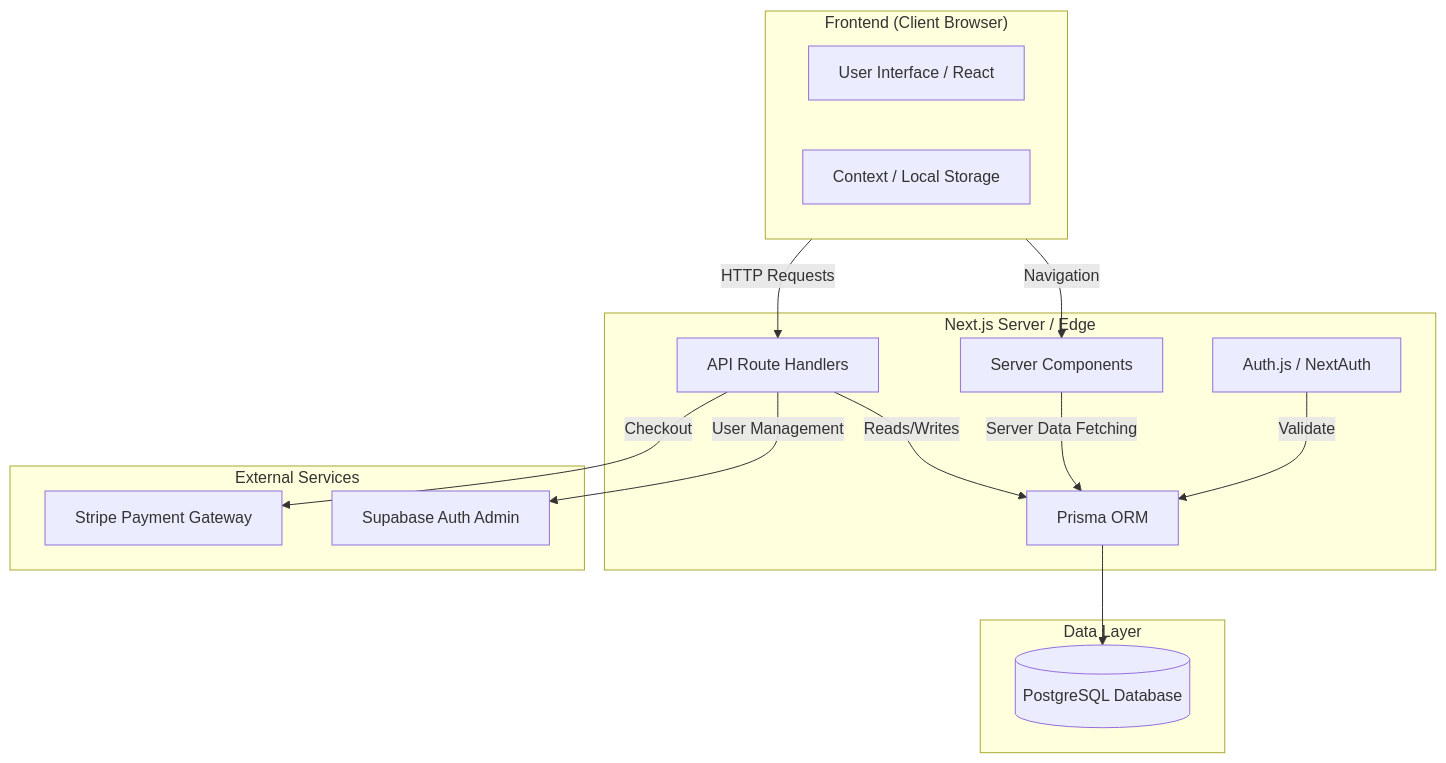
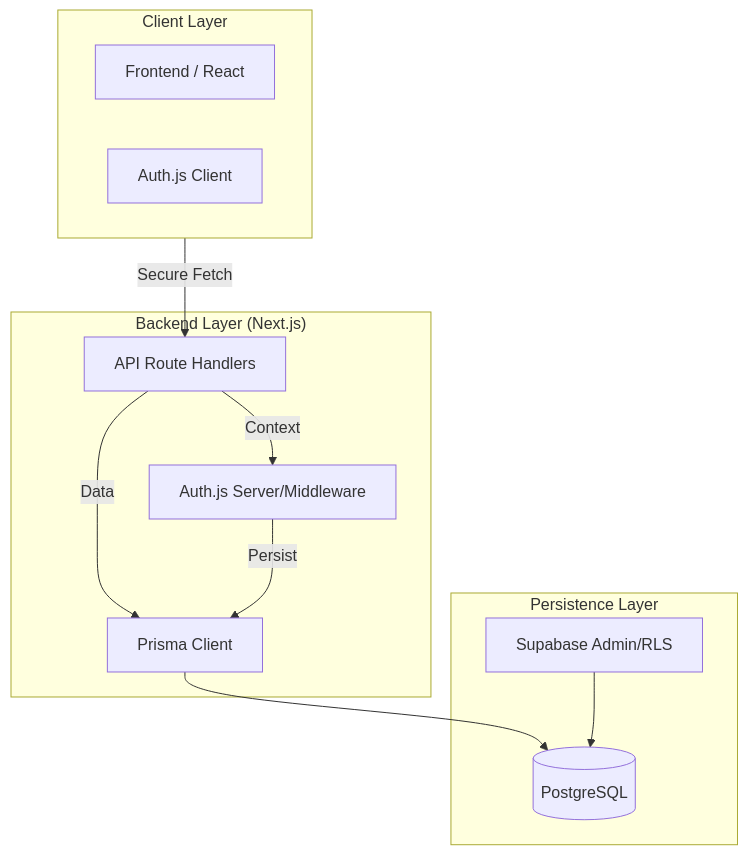
One commit to Devsebastian44/Modern-Esthete changed the first of 2 diagrams in README.md. Above: the diagram before and after it, drawn with Mermaid. The commit also changed other lines of this file and 12 other files, not shown here.

````diff
--- a/README.md
+++ b/README.md
@@ -72,32 +33,26 @@
 ```mermaid
 graph TD
-    subgraph Client ["Frontend (Client Browser)"]
-        UI[User Interface / React]
-        Cart[Context / Local Storage]
+    subgraph Client ["Client Layer"]
+        UI[Frontend / React]
+        AuthC[Auth.js Client]
     end
 
-    subgraph Server ["Next.js Server / Edge"]
+    subgraph Server ["Backend Layer (Next.js)"]
         API[API Route Handlers]
-        Pages[Server Components]
-        Auth[Auth.js / NextAuth]
+        AuthS[Auth.js Server/Middleware]
+        Prisma[Prisma Client]
         
-        API --> |Reads/Writes| Prisma[Prisma ORM]
-        Pages --> |Server Data Fetching| Prisma
-        Auth --> |Validate| Prisma
+        API --> |Context| AuthS
+        API --> |Data| Prisma
+        AuthS --> |Persist| Prisma
     end
 
-    subgraph Database ["Data Layer"]
-        Postgres[(PostgreSQL Database)]
+    subgraph Data ["Persistence Layer"]
+        Postgres[(PostgreSQL)]
+        Supabase[Supabase Admin/RLS]
         Prisma --> Postgres
+        Supabase --> Postgres
     end
 
-    subgraph External ["External Services"]
-        Stripe[Stripe Payment Gateway]
-        SupabaseAuth[Supabase Auth Admin]
-    end
-
-    Client --> |HTTP Requests| API
-    Client --> |Navigation| Pages
-    API --> |Checkout| Stripe
-    API --> |User Management| SupabaseAuth
+    Client --> |Secure Fetch| API
 ```
````
